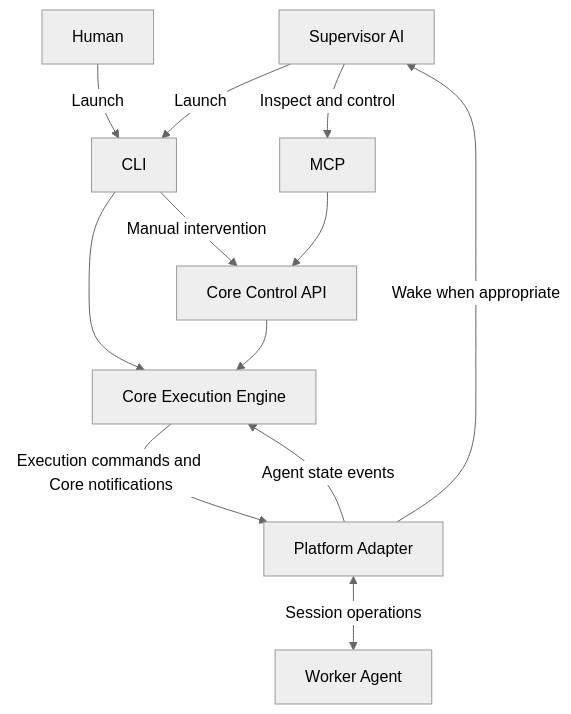
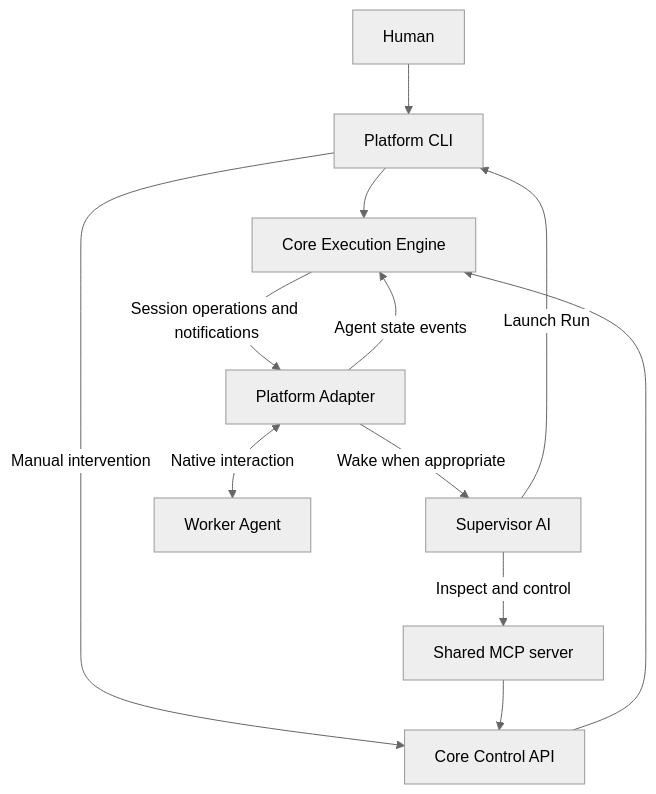
Before and after one commit to BuddyLabsCo/issue-runner-core: the first of 6 diagrams in docs/terminal-contract.md, drawn with Mermaid (neutral theme). The commit also changed other lines of this file, not shown here.

Commit message:
docs: make integration contract ready for human review

````diff
--- a/docs/terminal-contract.md
+++ b/docs/terminal-contract.md
@@ -7,14 +7,14 @@
 ```mermaid
 flowchart TD
-    AI["Supervisor AI"] -->|Launch| CLI
-    Human["Human"] -->|Launch| CLI
+    Human["Human"] --> CLI["Platform CLI"]
+    Supervisor["Supervisor AI"] -->|Launch Run| CLI
     CLI --> Core["Core Execution Engine"]
-    AI -->|Inspect and control| MCP
     CLI -->|Manual intervention| Control["Core Control API"]
+    Supervisor -->|Inspect and control| MCP["Shared MCP server"]
     MCP --> Control
     Control --> Core
-    Core -->|Execution commands and Core notifications| Adapter["Platform Adapter"]
+    Core -->|Session operations and notifications| Adapter["Platform Adapter"]
     Adapter -->|Agent state events| Core
-    Adapter -->|Wake when appropriate| AI
-    Adapter <-->|Session operations| Agent["Worker Agent"]
+    Adapter -->|Wake when appropriate| Supervisor
+    Adapter <-->|Native interaction| Worker["Worker Agent"]
 ```
````
